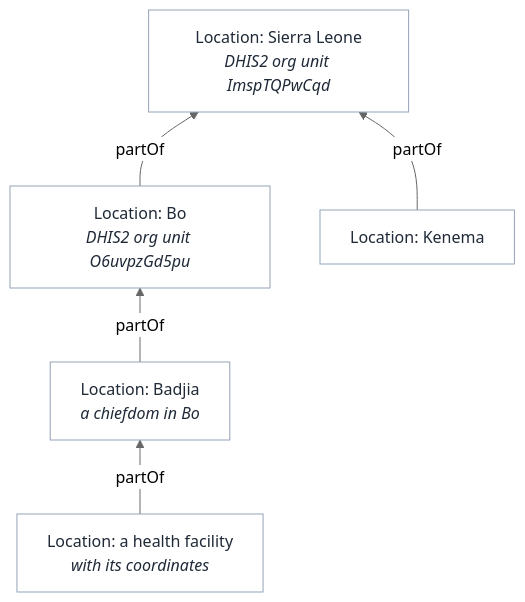
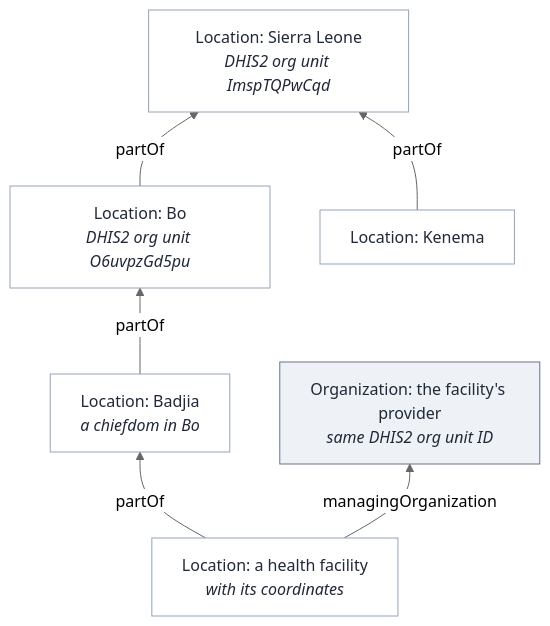
The fourth of 4 diagrams in campaignhq/sldash/src/about.md (recodelabs/icr), drawn with Mermaid (neutral theme) before and after one commit. The commit also changed other lines of this file and 1 other file, not shown here.

First line of the commit message:
About page: facilities as Location and Organization; no ICR references; parquet for any BI tool; Measures explained without an analogy

````diff
--- a/campaignhq/sldash/src/about.md
+++ b/campaignhq/sldash/src/about.md
@@ -111,14 +128,18 @@
 ```mermaid
 flowchart BT
   SL["Location: Sierra Leone<br/><i>DHIS2 org unit ImspTQPwCqd</i>"]
   BO["Location: Bo<br/><i>DHIS2 org unit O6uvpzGd5pu</i>"]
   KE["Location: Kenema"]
   CH["Location: Badjia<br/><i>a chiefdom in Bo</i>"]
   FA["Location: a health facility<br/><i>with its coordinates</i>"]
+  ORG["Organization: the facility's provider<br/><i>same DHIS2 org unit ID</i>"]
   BO -->|partOf| SL
   KE -->|partOf| SL
   CH -->|partOf| BO
   FA -->|partOf| CH
+  FA -->|managingOrganization| ORG
   classDef box fill:#ffffff,stroke:#94a3b8,color:#1f2937
+  classDef org fill:#eef2f7,stroke:#64748b,color:#1f2937
   class SL,BO,KE,CH,FA box
+  class ORG org
 ```
````
